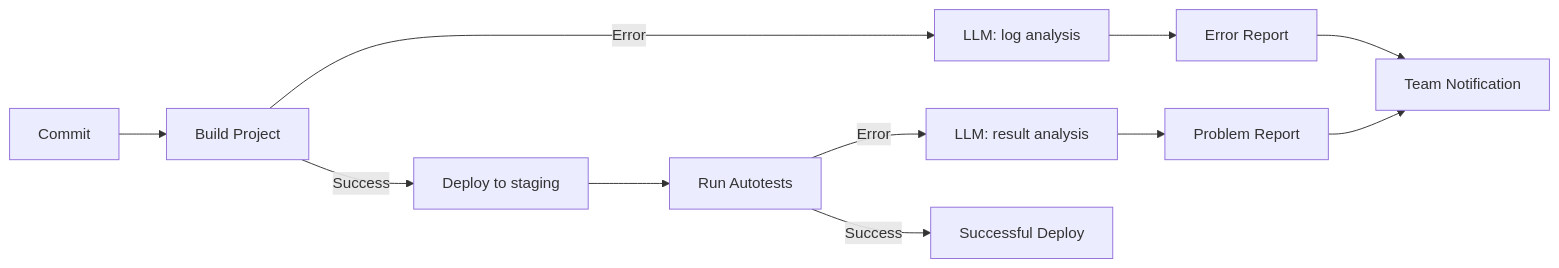
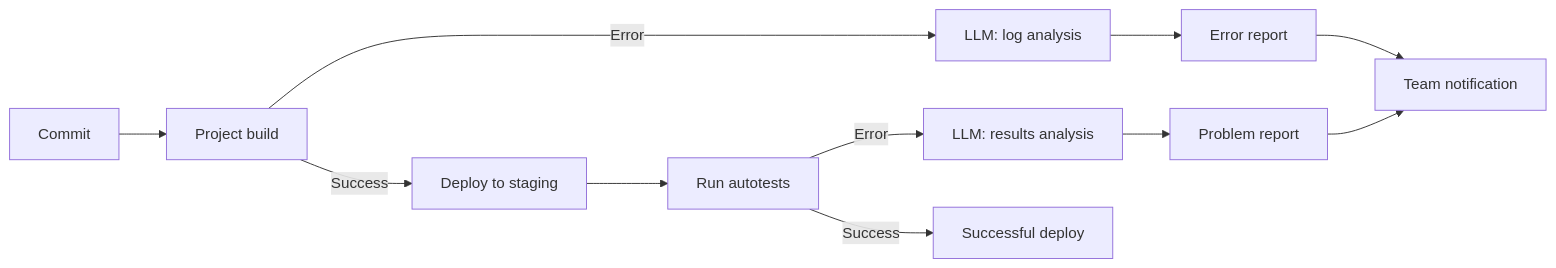
One commit to all-mute/learn-agents changed the third of 12 diagrams in cognitive-book/docs/junior/_workflows-examples-p2.mdx. Above: the diagram before and after it, drawn with Mermaid. The commit also changed other lines of this file and 93 other files, not shown here.

````diff
--- a/cognitive-book/docs/junior/_workflows-examples-p2.mdx
+++ b/cognitive-book/docs/junior/_workflows-examples-p2.mdx
@@ -183,13 +183,13 @@
 ```mermaid
 flowchart LR
-    Commit[Commit] --> Build[Build Project]
+    Commit[Commit] --> Build[Project build]
     Build -->|Error| Analyze[LLM: log analysis]
-    Analyze --> Report[Error Report]
-    Report --> Notify[Team Notification]
+    Analyze --> Report[Error report]
+    Report --> Notify[Team notification]
     Build -->|Success| Deploy[Deploy to staging]
-    Deploy --> Test[Run Autotests]
-    Test -->|Error| AnalyzeTest[LLM: result analysis]
-    AnalyzeTest --> ReportTest[Problem Report]
+    Deploy --> Test[Run autotests]
+    Test -->|Error| AnalyzeTest[LLM: results analysis]
+    AnalyzeTest --> ReportTest[Problem report]
     ReportTest --> Notify
-    Test -->|Success| Done[Successful Deploy]
+    Test -->|Success| Done[Successful deploy]
 ```
````
